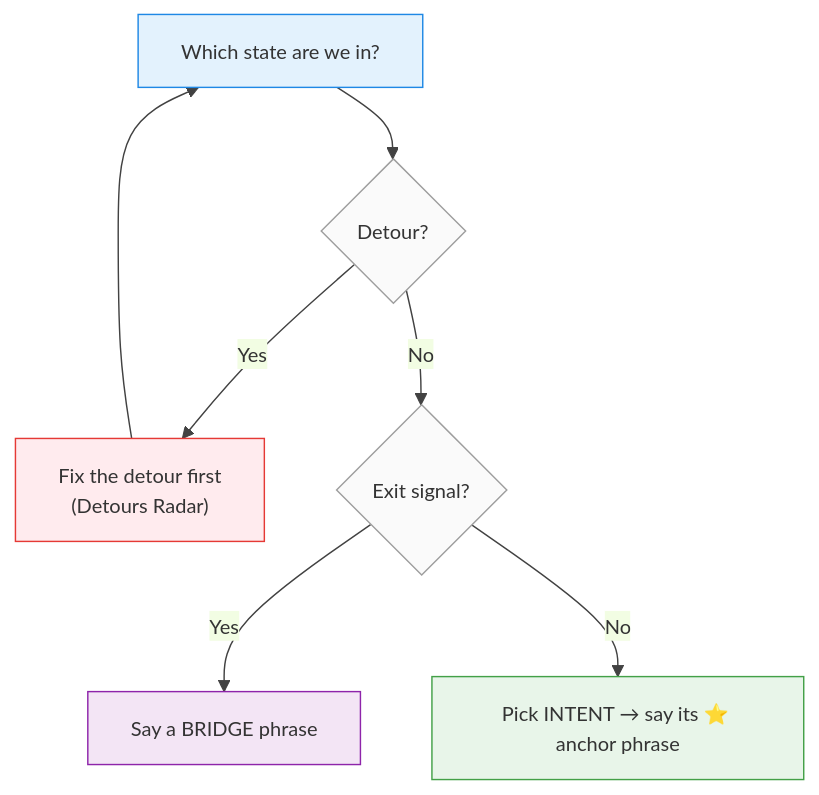
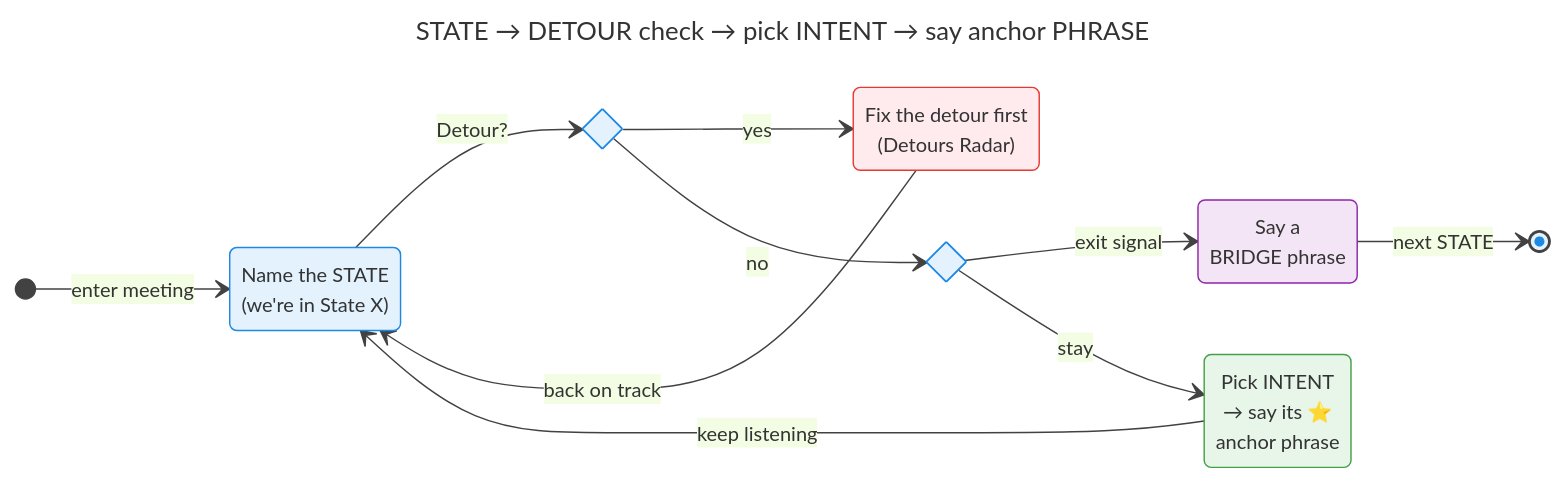
One commit to senthilkumarm1901/learn_by_blogging changed the third of 21 diagrams in posts/formal_communication/meeting-fluency-playbook.qmd. Above: the diagram before and after it, drawn with Mermaid. The commit also changed other lines of this file and 1 other file, not shown here.

Commit message:
updated the meeting fluency blog

````diff
--- a/posts/formal_communication/meeting-fluency-playbook.qmd
+++ b/posts/formal_communication/meeting-fluency-playbook.qmd
@@ -98,15 +137,35 @@
 ```{mermaid}
+---
+title: STATE → DETOUR check → pick INTENT → say anchor PHRASE
+---
 %%{init: {'theme': 'base', 'themeVariables': {'primaryColor': '#E3F2FD', 'primaryBorderColor': '#1E88E5', 'lineColor': '#424242', 'fontSize': '14px'}}}%%
-flowchart TD
-    A["Which state are we in?"]:::opening --> B{"Detour?"}:::neutral
-    B -- Yes --> R["Fix the detour first<br/>(Detours Radar)"]:::risk --> A
-    B -- No --> T{"Exit signal?"}:::neutral
-    T -- Yes --> BR["Say a BRIDGE phrase"]:::deciding
-    T -- No --> I["Pick INTENT → say its ⭐ anchor phrase"]:::exploring
+stateDiagram-v2
+    direction LR
 
-    classDef opening fill:#E3F2FD,stroke:#1E88E5,stroke-width:1px;
-    classDef exploring fill:#E8F5E9,stroke:#43A047,stroke-width:1px;
-    classDef deciding fill:#F3E5F5,stroke:#8E24AA,stroke-width:1px;
-    classDef risk fill:#FFEBEE,stroke:#E53935,stroke-width:1px;
-    classDef neutral fill:#FAFAFA,stroke:#9E9E9E,stroke-width:1px;
+    state "Name the STATE<br>(we're in State X)" as InState
+    state "Fix the detour first<br>(Detours Radar)" as Fix
+    state "Pick INTENT<br>→ say its ⭐<br>anchor phrase" as Intent
+    state "Say a<br>BRIDGE phrase" as Bridge
+    state isDetour <<choice>>
+    state isExit <<choice>>
+
+    [*] --> InState : enter meeting
+    InState --> isDetour : Detour?
+    isDetour --> Fix : yes
+    Fix --> InState : back on track
+    isDetour --> isExit : no
+    isExit --> Bridge : exit signal
+    isExit --> Intent : stay
+    Intent --> InState : keep listening
+    Bridge --> [*] : next STATE
+
+    classDef opening fill:#E3F2FD,stroke:#1E88E5,stroke-width:1px
+    classDef exploring fill:#E8F5E9,stroke:#43A047,stroke-width:1px
+    classDef deciding fill:#F3E5F5,stroke:#8E24AA,stroke-width:1px
+    classDef risk fill:#FFEBEE,stroke:#E53935,stroke-width:1px
+
+    class InState opening
+    class Fix risk
+    class Intent exploring
+    class Bridge deciding
 ```
````
